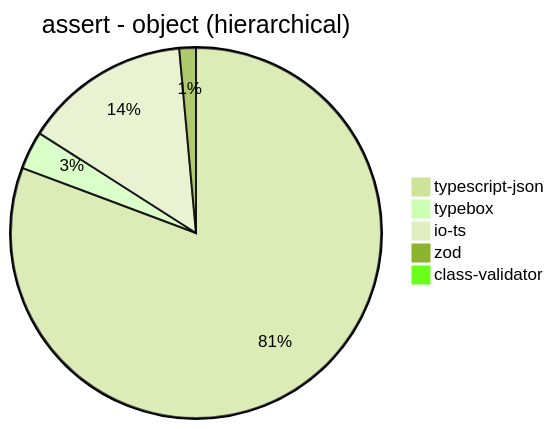
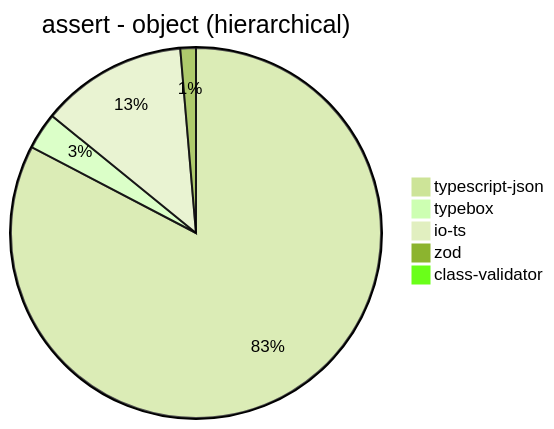
Before and after one commit to samchon/typia: the ninth of 39 diagrams in benchmark/results/AMD Ryzen 7 5800H with Radeon Graphics.md, drawn with Mermaid (forest theme). The commit also changed other lines of this file and 3 other files, not shown here.

````diff
--- a/benchmark/results/AMD Ryzen 7 5800H with Radeon Graphics.md
+++ b/benchmark/results/AMD Ryzen 7 5800H with Radeon Graphics.md
@@ -126,8 +126,8 @@
 ```mermaid
 pie title assert - object (hierarchical)
-  "typescript-json": 22103.972798854687
-  "typebox": 910.1103273648038
-  "io-ts": 3977.028258887876
-  "zod": 396.7032967032967
-  "class-validator": 55.913978494623656
+  "typescript-json": 24167.12885930856
+  "typebox": 936.5988909426986
+  "io-ts": 3733.608765942159
+  "zod": 396.9635252730976
+  "class-validator": 58.318425760286225
 ```
````
